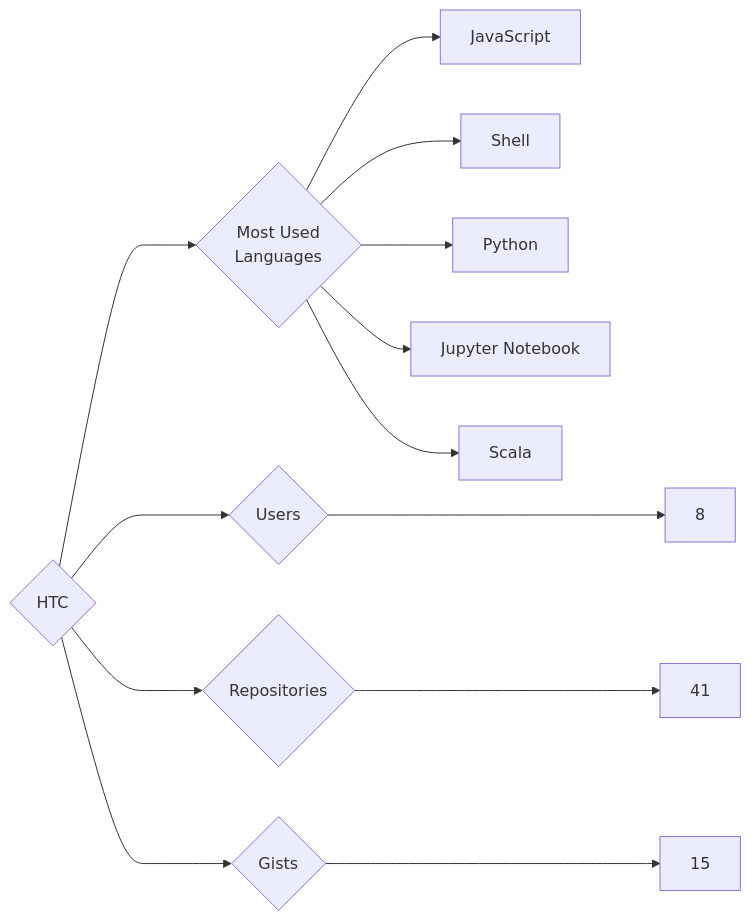
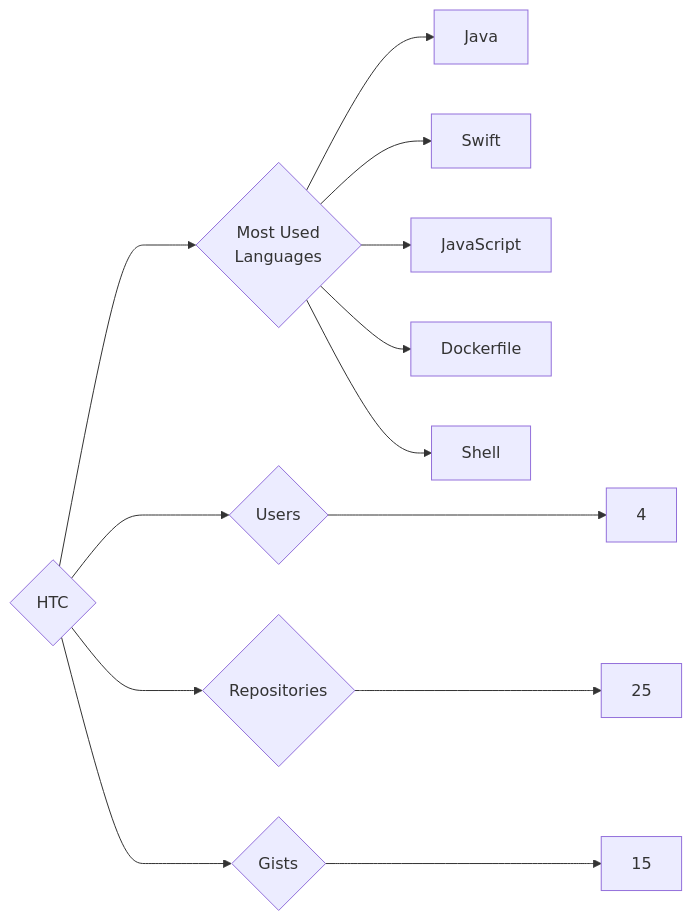
One commit to trickest/insiders changed the diagram in targets/HTC/README.md. Above: the diagram before and after it, drawn with Mermaid. The commit also changed 924 other files, not shown here.

````diff
--- a/targets/HTC/README.md
+++ b/targets/HTC/README.md
@@ -3,13 +3,13 @@
 ```mermaid
 graph LR
 COMPANY_NAME{HTC}
-COMPANY_NAME ---> U{Users} ---> UN[8]
-COMPANY_NAME ---> R{Repositories} ---> RN[41]
+COMPANY_NAME ---> U{Users} ---> UN[4]
+COMPANY_NAME ---> R{Repositories} ---> RN[25]
 COMPANY_NAME ---> G{Gists} ---> GN[15]
 COMPANY_NAME ---> ML{Most Used<br>Languages}
+ML --> Java[Java]
+ML --> Swift[Swift]
 ML --> JavaScript[JavaScript]
+ML --> Dockerfile[Dockerfile]
 ML --> Shell[Shell]
-ML --> Python[Python]
-ML --> Jupyter_Notebook[Jupyter Notebook]
-ML --> Scala[Scala]
 ```
````
